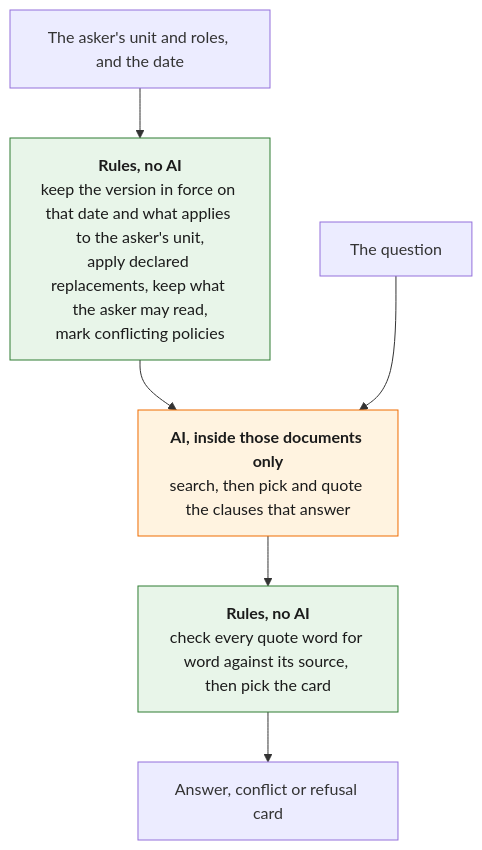
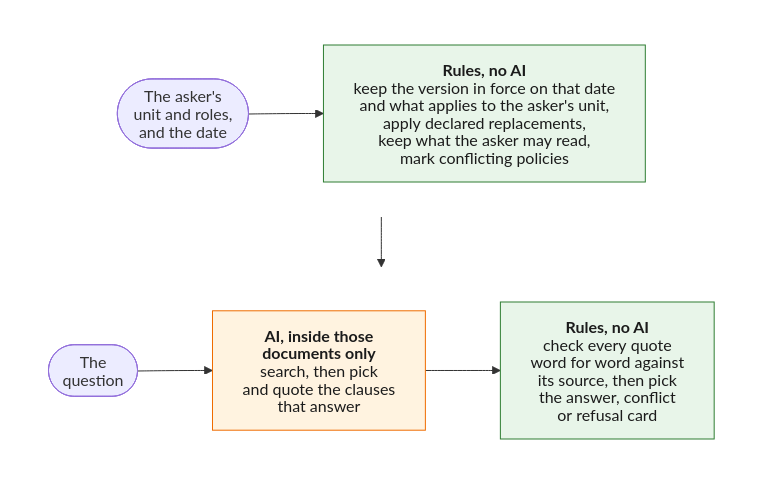
The third of 3 diagrams in README.md (Park-Hip/next-gen-2026), drawn with Mermaid before and after one commit. The commit also changed other lines of this file, not shown here.

Commit message:
Make the README diagrams robust on GitHub: SVG text labels that never clip, two rows that keep clear of the zoom buttons

````diff
--- a/README.md
+++ b/README.md
@@ -164,13 +213,43 @@
 ```mermaid
-flowchart TD
-    who["The asker's unit and roles, and the date"] --> rules1
-    rules1["<b>Rules, no AI</b><br/>keep the version in force on that date and what applies to the asker's unit,<br/>apply declared replacements, keep what the asker may read,<br/>mark conflicting policies"]
-    rules1 --> ai["<b>AI, inside those documents only</b><br/>search, then pick and quote the clauses that answer"]
-    question["The question"] --> ai
-    ai --> rules2["<b>Rules, no AI</b><br/>check every quote word for word against its source, then pick the card"]
-    rules2 --> cards["Answer, conflict or refusal card"]
+---
+config:
+  htmlLabels: false
+  flowchart:
+    htmlLabels: false
+    wrappingWidth: 400
+    diagramPadding: 8
+---
+flowchart TB
+    subgraph before[" "]
+        direction LR
+        who(["The asker's<br/>unit and roles,<br/>and the date"]) --> rules1["`**Rules, no AI**
+        keep the version in force on that date
+        and what applies to the asker's unit,
+        apply declared replacements,
+        keep what the asker may read,
+        mark conflicting policies`"]
+    end
+
+    subgraph after[" "]
+        direction LR
+        question(["The<br/>question"]) --> ai["`**AI, inside those**
+        **documents only**
+        search, then pick
+        and quote the clauses
+        that answer`"]
+        ai --> rules2["`**Rules, no AI**
+        check every quote
+        word for word against
+        its source, then pick
+        the answer, conflict
+        or refusal card`"]
+    end
+
+    before --> after
 
     style rules1 fill:#e8f5e9,stroke:#2e7d32,color:#1b1b1b
     style rules2 fill:#e8f5e9,stroke:#2e7d32,color:#1b1b1b
     style ai fill:#fff3e0,stroke:#ef6c00,color:#1b1b1b
+    style before fill:transparent,stroke:transparent
+    style after fill:transparent,stroke:transparent
 ```
````
